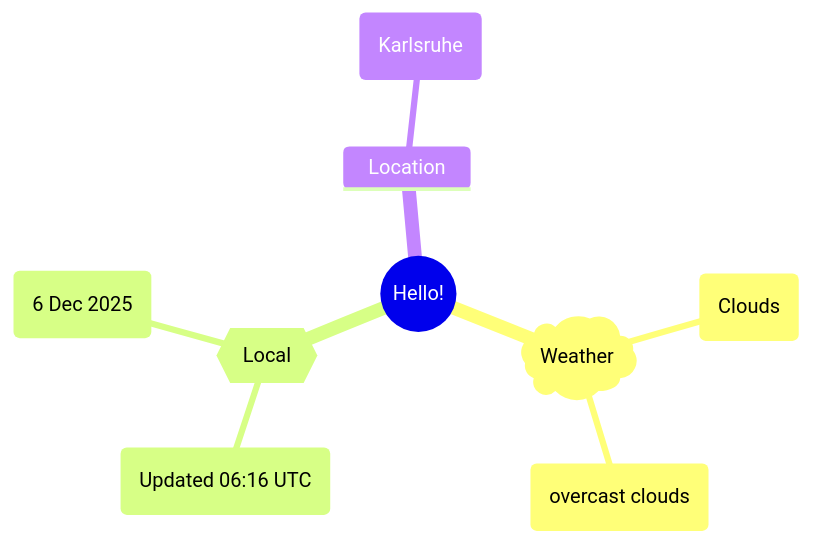
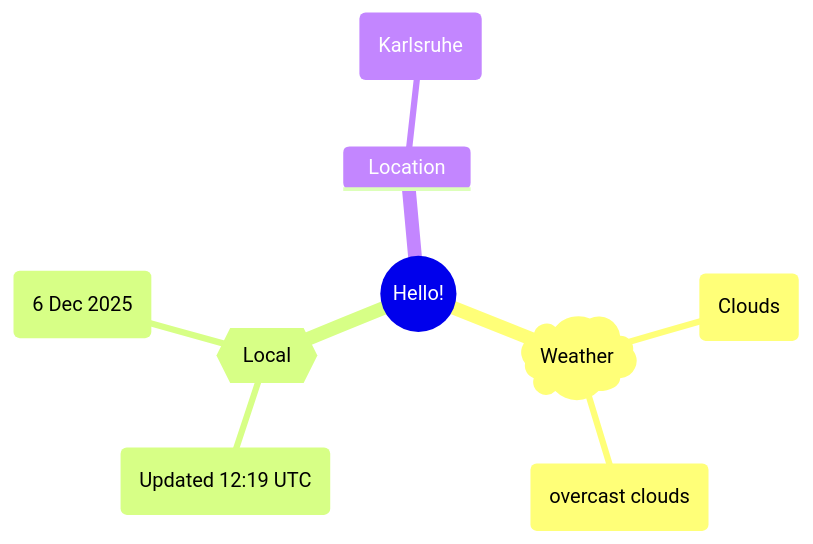
One commit to Xosrov/Xosrov changed the first of 2 diagrams in README.md. Above: the diagram before and after it, drawn with Mermaid.

Commit message:
[bot] updated images

````diff
--- a/README.md
+++ b/README.md
@@ -3,12 +3,12 @@
 ```mermaid
 mindmap
   root((Hello!))
     )Weather(
         (Clouds)
         (overcast clouds)
     {{Local}}
-        (Updated 06:16 UTC)
+        (Updated 12:19 UTC)
         (6 Dec 2025)
     Location
         (Karlsruhe)
 ```
````
